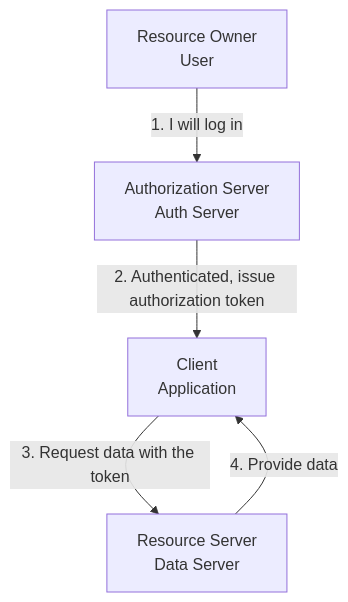
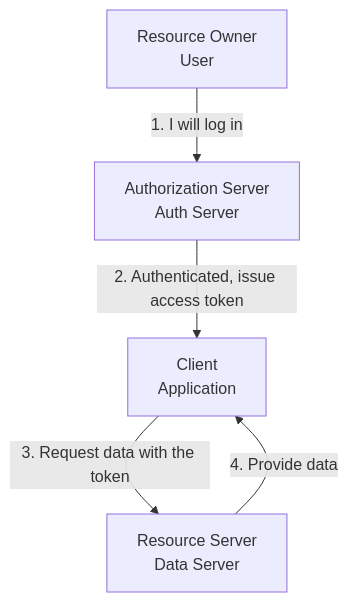
One commit to jeonck/k8s-adv changed the diagram in content/security/05-advanced/36-oauth2-fundamentals.md. Above: the diagram before and after it, drawn with Mermaid. The commit also changed other lines of this file and 53 other files, not shown here.

````diff
--- a/content/security/05-advanced/36-oauth2-fundamentals.md
+++ b/content/security/05-advanced/36-oauth2-fundamentals.md
@@ -34,12 +34,12 @@
 ```mermaid
 graph TD
     User[Resource Owner<br/>User]
     Client[Client<br/>Application]
     AuthServer[Authorization Server<br/>Auth Server]
     ResServer[Resource Server<br/>Data Server]
 
     User -- "1. I will log in" --> AuthServer
-    AuthServer -- "2. Authenticated, issue authorization token" --> Client
+    AuthServer -- "2. Authenticated, issue access token" --> Client
     Client -- "3. Request data with the token" --> ResServer
     ResServer -- "4. Provide data" --> Client
 ```
````
